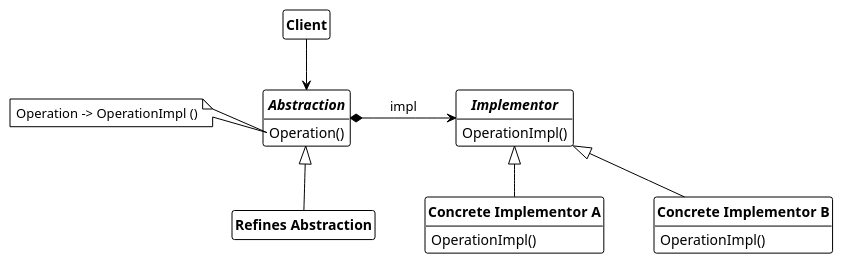
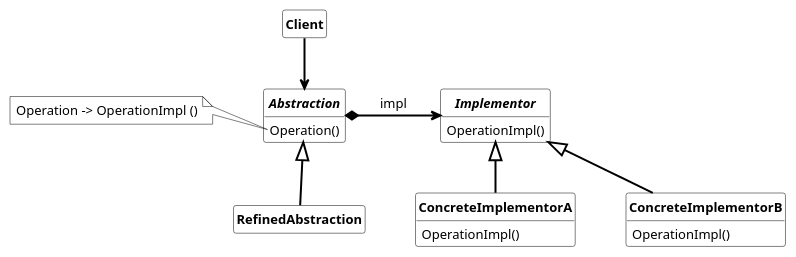
Before and after one commit to dst80/design-patterns: the diagram in structural_pattern/bridge/bridge.md, drawn with PlantUML. The commit also changed other lines of this file and 11 other files, not shown here.

````diff
--- a/structural_pattern/bridge/bridge.md
+++ b/structural_pattern/bridge/bridge.md
@@ -19,45 +19,55 @@
 ```plantuml
 @startuml bridge
-!theme plain
+skinparam ranksep 50
 skinparam nodesep 50
-skinparam ranksep 50
+skinparam class {
+  FontSize 13
+  AttributeFontSize 13
+  FontStyle bold
+  BackgroundColor transparent
+  BorderColor black
+}
+skinparam arrow {
+  Color black
+  FontColor black
+  Thickness 2
+}
+skinparam note {
+  BackgroundColor transparent
+  BorderColor black
+}
 hide circle
 hide fields
 
-class "**Client**" as client
-hide client members
+
+class Client
+hide Client members
 together {
-
-interface "**Abstraction**" as abstraction {
-    Operation()
+  interface Abstraction {
+      Operation()
+  }
+  class RefinedAbstraction extends Abstraction
 }
-
-
-class "**Refines Abstraction**" as refined_abstraction
-}
-hide refined_abstraction members
+hide RefinedAbstraction members
 
 together {
-interface "**Implementor**" as implementor {
-    OperationImpl()
+  interface Implementor {
+      OperationImpl()
+  }
+  class ConcreteImplementorA extends Implementor {
+      OperationImpl()
+  }
+
+  class ConcreteImplementorB extends Implementor {
+      OperationImpl()
+  }
 }
-class "**Concrete Implementor A**" as concrete_implementor_A {
-    OperationImpl()
-}
-
-class "**Concrete Implementor B**" as concrete_implementor_B {
-    OperationImpl()
-}
-implementor <|-- concrete_implementor_A
-implementor <|-- concrete_implementor_B
-}
-note left of abstraction::Operation
+note left of Abstraction::Operation
     Operation -> OperationImpl ()
 end note
 
-client --> abstraction
-abstraction <|-- refined_abstraction
-abstraction *-> implementor : impl
+Client --> Abstraction
+Abstraction *-> Implementor : impl
 
 @enduml
 ```
````
